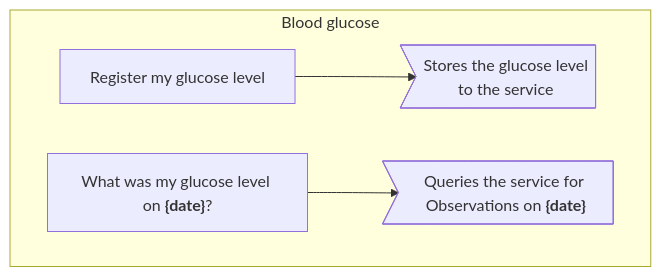
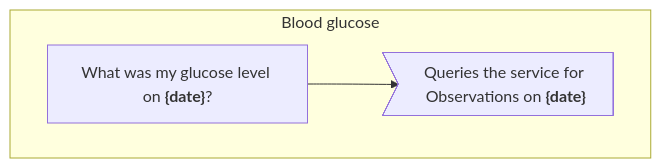
The second of 6 diagrams in alexa-model.md (adonozo/diabetes-assistant-skill), drawn with Mermaid before and after one commit. The commit also changed other lines of this file, not shown here.

````diff
--- a/alexa-model.md
+++ b/alexa-model.md
@@ -18,13 +18,10 @@
 ```mermaid
 graph TD
     subgraph "Blood glucose"
     
-    R2[Register my glucose level]
-    A2>Stores the glucose level\nto the service]
     R3["`What was my glucose level on **{date}**?`"]
     A3>"`Queries the service for Observations on **{date}**`"]
     
-    R2 --> A2
     R3 --> A3
     end
 ```
````
